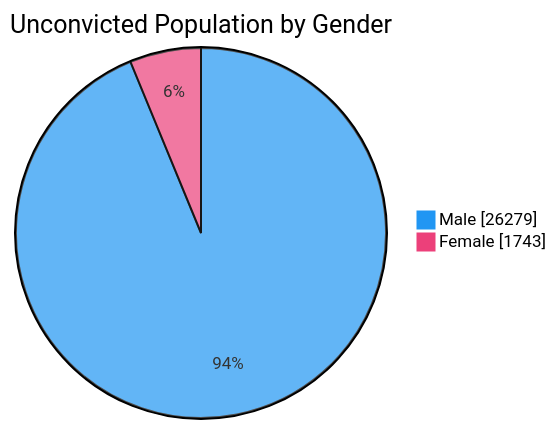
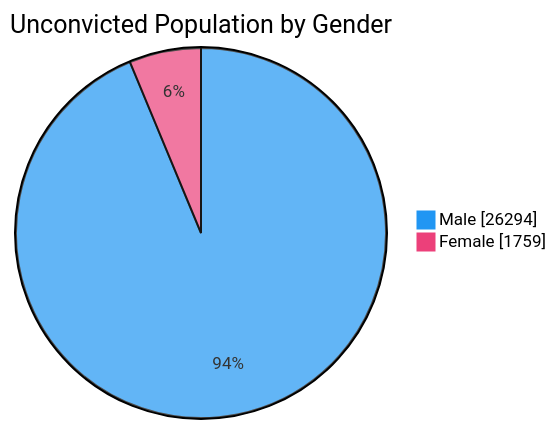
One commit to nuuuwan/lk_prisons changed the fourth of 7 diagrams in README.md. Above: the diagram before and after it, drawn with Mermaid. The commit also changed other lines of this file and 1 other file, not shown here.

````diff
--- a/README.md
+++ b/README.md
@@ -76,6 +76,6 @@
 ```mermaid
 %%{init: {'themeVariables': {'pie1': '#2196F3', 'pie2': '#EC407A'}}}%%
 pie showData title Unconvicted Population by Gender
-    "Male" : 26279
-    "Female" : 1743
+    "Male" : 26294
+    "Female" : 1759
 ```
````
